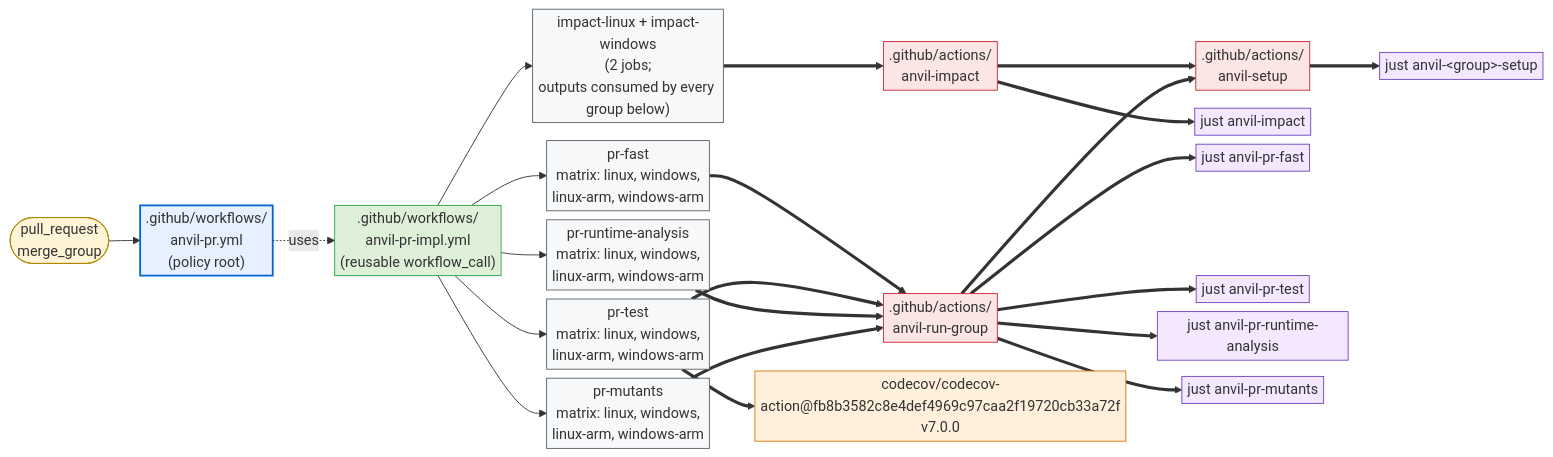
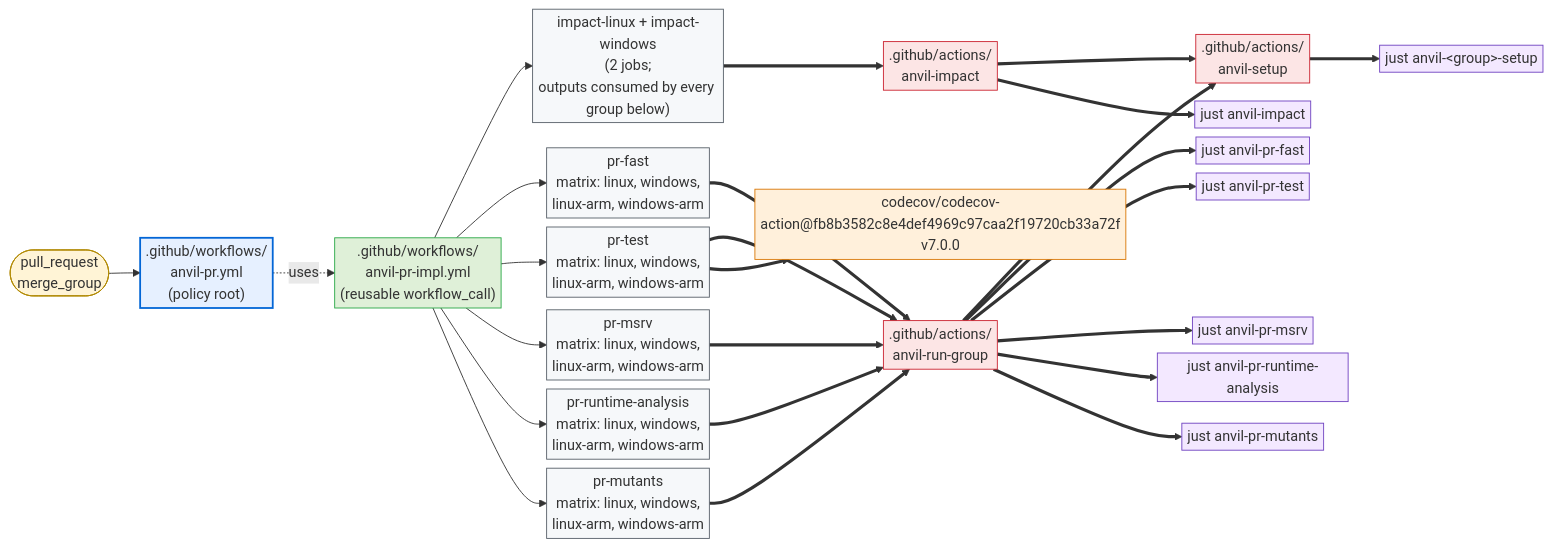
The first of 2 diagrams in crates/cargo-anvil/docs/design/github.md (microsoft/ox-tools), drawn with Mermaid before and after one commit. The commit also changed 20 other files, not shown here.

````diff
--- a/crates/cargo-anvil/docs/design/github.md
+++ b/crates/cargo-anvil/docs/design/github.md
@@ -53,54 +53,59 @@
 ```mermaid
 %%{init: {"flowchart": {"nodeSpacing": 10, "rankSpacing": 35, "padding": 3}, "themeVariables": {"fontSize": "16px"}}}%%
 flowchart LR
     pr_evt([pull_request<br/>merge_group]):::trigger
     pr_root[".github/workflows/<br/>anvil-pr.yml<br/>(policy root)"]:::root
     pr_impl[".github/workflows/<br/>anvil-pr-impl.yml<br/>(reusable workflow_call)"]:::impl
     impact["impact-linux + impact-windows<br/>(2 jobs;<br/>outputs consumed by every group below)"]:::job
     pr_fast_job["pr-fast<br/>matrix: linux, windows,<br/>linux-arm, windows-arm"]:::job
     pr_test_job["pr-test<br/>matrix: linux, windows,<br/>linux-arm, windows-arm"]:::job
+    pr_msrv_job["pr-msrv<br/>matrix: linux, windows,<br/>linux-arm, windows-arm"]:::job
     pr_runtime_analysis_job["pr-runtime-analysis<br/>matrix: linux, windows,<br/>linux-arm, windows-arm"]:::job
     pr_mutants_job["pr-mutants<br/>matrix: linux, windows,<br/>linux-arm, windows-arm"]:::job
     impact_act[".github/actions/<br/>anvil-impact"]:::action
     setup_act[".github/actions/<br/>anvil-setup"]:::action
     run_group_act[".github/actions/<br/>anvil-run-group"]:::action
     codecov_act["codecov/codecov-action@fb8b3582c8e4def4969c97caa2f19720cb33a72f<br/>v7.0.0"]:::external
     impact_just["just anvil-impact"]:::recipe
     fast_just["just anvil-pr-fast"]:::recipe
     test_just["just anvil-pr-test"]:::recipe
+    msrv_just["just anvil-pr-msrv"]:::recipe
     runtime_just["just anvil-pr-runtime-analysis"]:::recipe
     mutants_just["just anvil-pr-mutants"]:::recipe
     setup_just["just anvil-&lt;group&gt;-setup"]:::recipe
 
     pr_evt --> pr_root
     pr_root -. uses .-> pr_impl
     pr_impl --> impact
     pr_impl --> pr_fast_job
     pr_impl --> pr_test_job
+    pr_impl --> pr_msrv_job
     pr_impl --> pr_runtime_analysis_job
     pr_impl --> pr_mutants_job
 
     impact ==> impact_act
     pr_fast_job ==> run_group_act
     pr_test_job ==> run_group_act
+    pr_msrv_job ==> run_group_act
     pr_test_job ==> codecov_act
     pr_runtime_analysis_job ==> run_group_act
     pr_mutants_job ==> run_group_act
 
     impact_act ==> setup_act
     impact_act ==> impact_just
     run_group_act ==> setup_act
     run_group_act ==> fast_just
     run_group_act ==> test_just
+    run_group_act ==> msrv_just
     run_group_act ==> runtime_just
     run_group_act ==> mutants_just
     setup_act ==> setup_just
 
     classDef trigger fill:#fff4d6,stroke:#b08800,stroke-width:1px;
     classDef root fill:#e6f0ff,stroke:#0366d6,stroke-width:2px;
     classDef impl fill:#dff0d8,stroke:#28a745,stroke-width:1px;
     classDef job fill:#f6f8fa,stroke:#586069,stroke-width:1px;
     classDef action fill:#fce5e5,stroke:#cb2431,stroke-width:1px;
     classDef external fill:#fff0db,stroke:#d97706,stroke-width:1px;
     classDef recipe fill:#f3e8ff,stroke:#6f42c1,stroke-width:1px;
 ```
````
